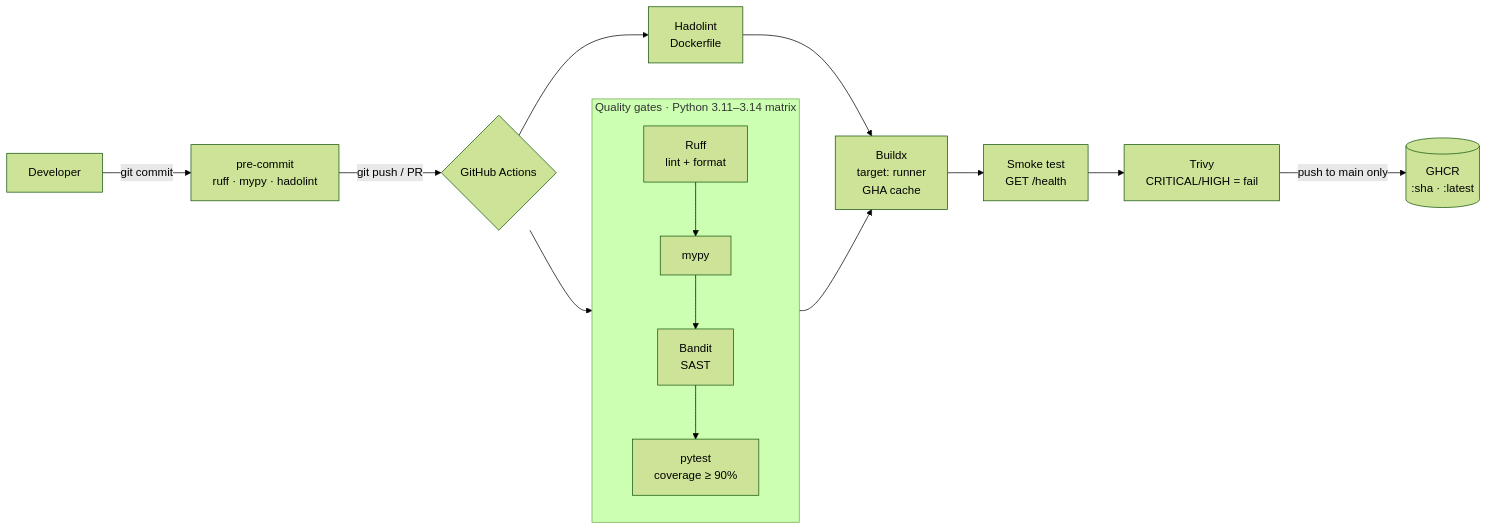
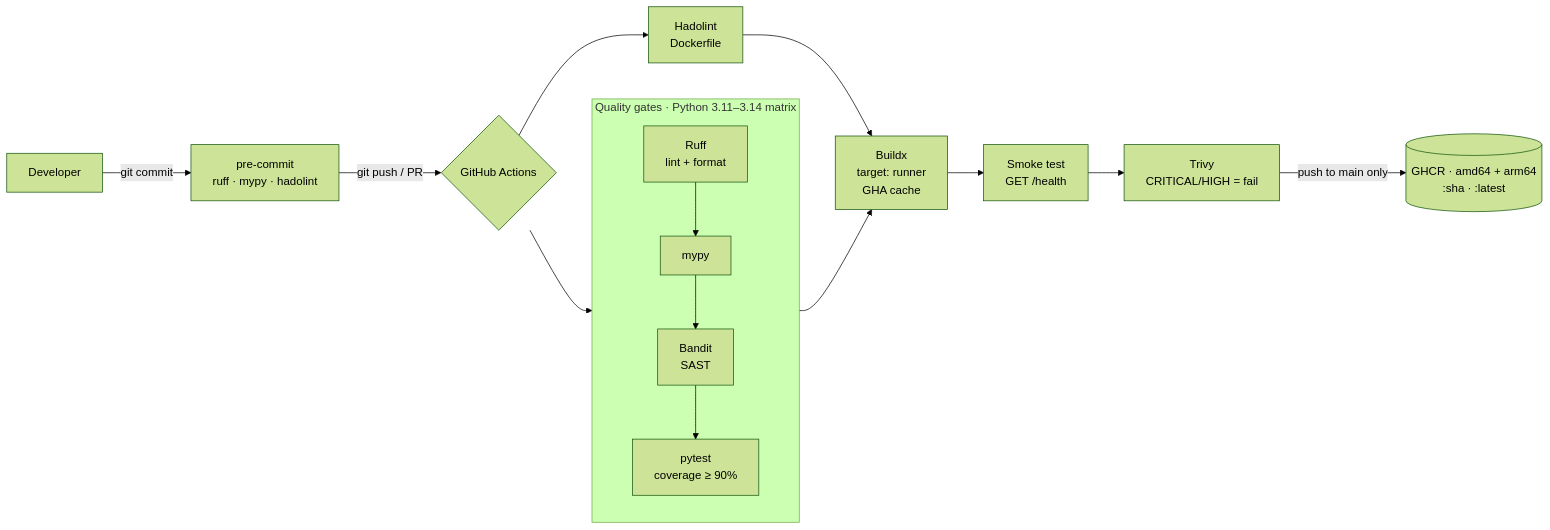
Before and after one commit to DiegoTepichin/cicd-pipeline: the first of 2 diagrams in README.md, drawn with Mermaid (forest theme). The commit also changed other lines of this file and 1 other file, not shown here.

Commit message:
docs(readme): document multi-arch GHCR images

````diff
--- a/README.md
+++ b/README.md
@@ -34,17 +34,17 @@
 ```mermaid
 flowchart LR
     dev[Developer] -->|git commit| hooks[pre-commit<br/>ruff · mypy · hadolint]
     hooks -->|git push / PR| gha{GitHub Actions}
 
     subgraph QG[Quality gates · Python 3.11–3.14 matrix]
         lint[Ruff<br/>lint + format] --> types[mypy] --> sast[Bandit<br/>SAST] --> tests[pytest<br/>coverage ≥ 90%]
     end
     gha --> QG
     gha --> hl[Hadolint<br/>Dockerfile]
 
     QG --> build[Buildx<br/>target: runner<br/>GHA cache]
     hl --> build
     build --> smoke[Smoke test<br/>GET /health]
     smoke --> trivy[Trivy<br/>CRITICAL/HIGH = fail]
-    trivy -->|push to main only| ghcr[(GHCR<br/>:sha · :latest)]
+    trivy -->|push to main only| ghcr[(GHCR · amd64 + arm64<br/>:sha · :latest)]
 ```
````
